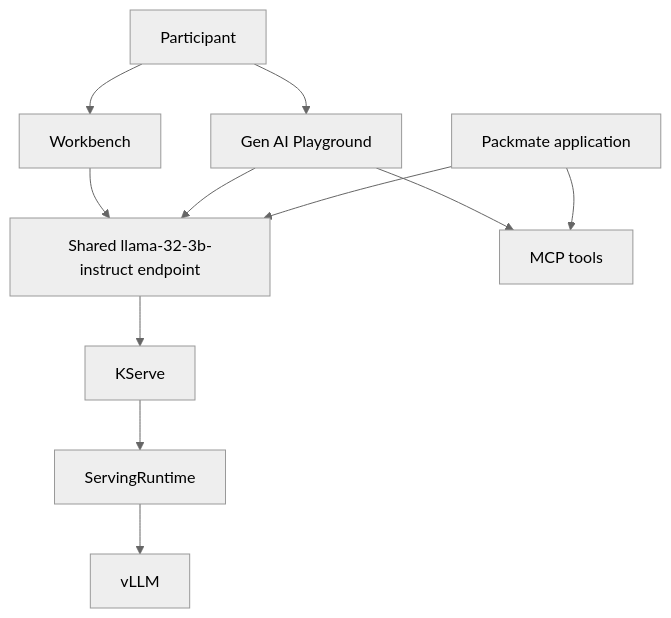
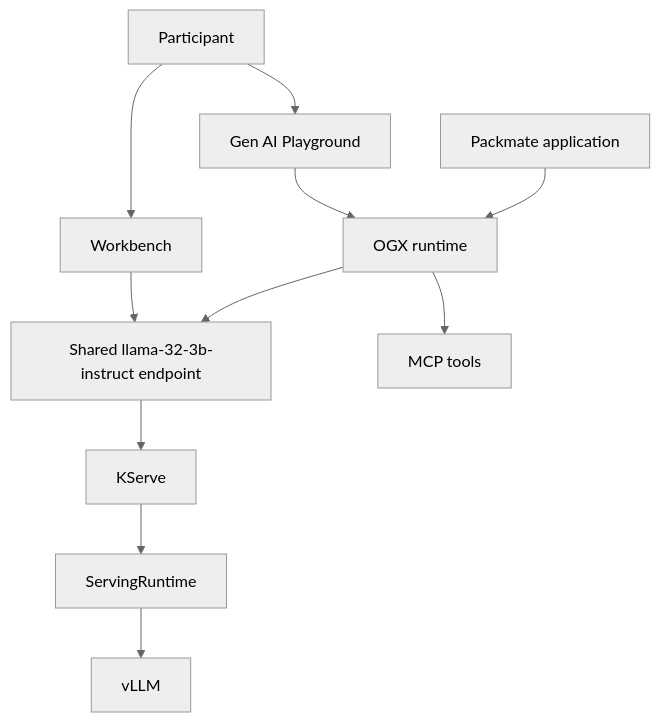
Before and after one commit to Lindagh1/packmate-rhoai-35-workshop: the diagram in README.md, drawn with Mermaid (neutral theme). The commit also changed other lines of this file and 14 other files, not shown here.

Commit message:
Migrate Packmate workshop to OGX-native runtime

````diff
--- a/README.md
+++ b/README.md
@@ -53,13 +57,13 @@
 ```mermaid
 flowchart TB
   User[Participant] --> WB[Workbench]
   User --> PG[Gen AI Playground]
   WB --> Model[Shared llama-32-3b-instruct endpoint]
-  PG --> Model
-  PG --> MCP[MCP tools]
-  App[Packmate application] --> Model
-  App --> MCP
+  PG --> OGX[OGX runtime]
+  App[Packmate application] --> OGX
+  OGX --> Model
+  OGX --> MCP[MCP tools]
   Model --> KS[KServe]
   KS --> RT[ServingRuntime]
   RT --> VLLM[vLLM]
 ```
````
